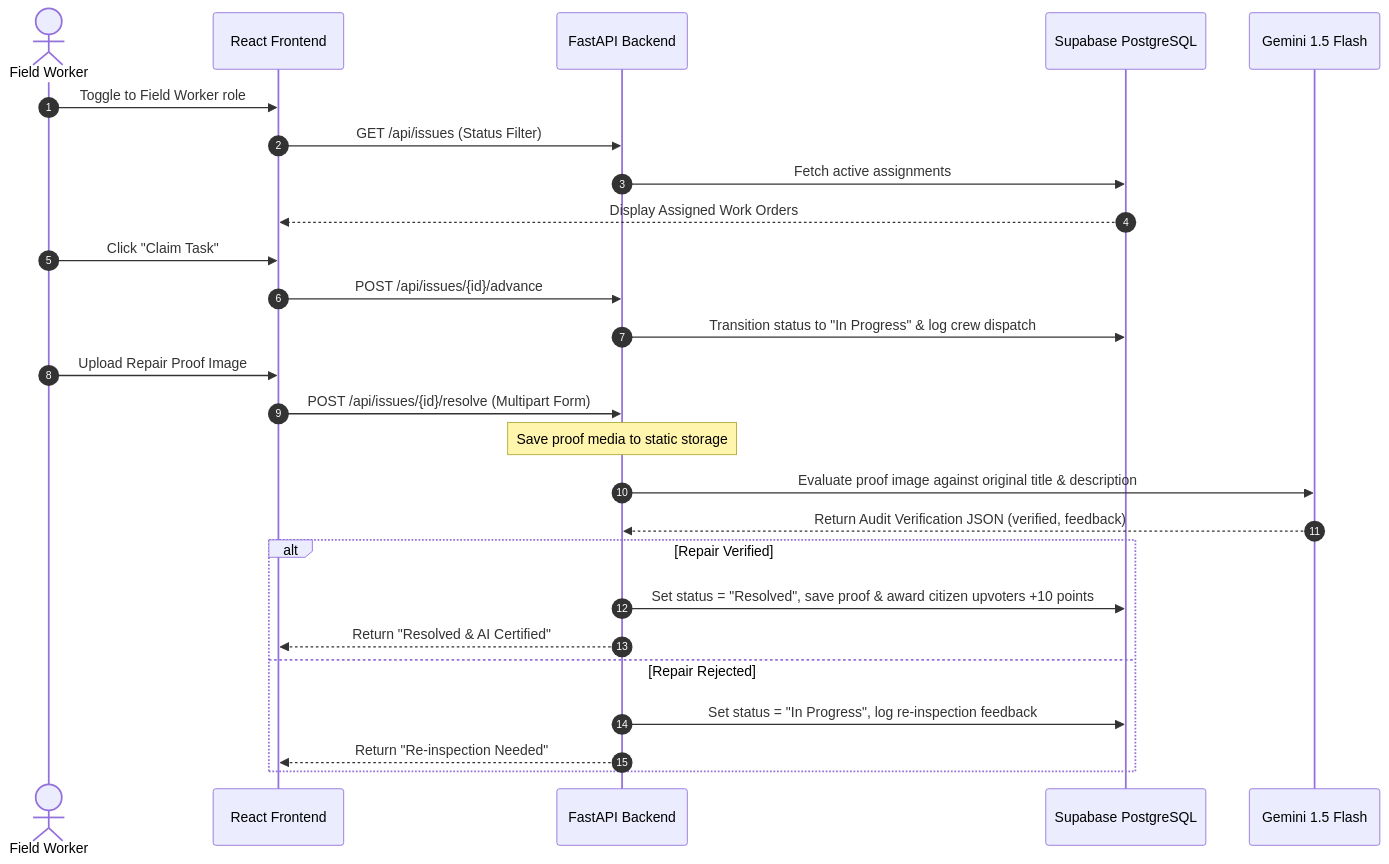
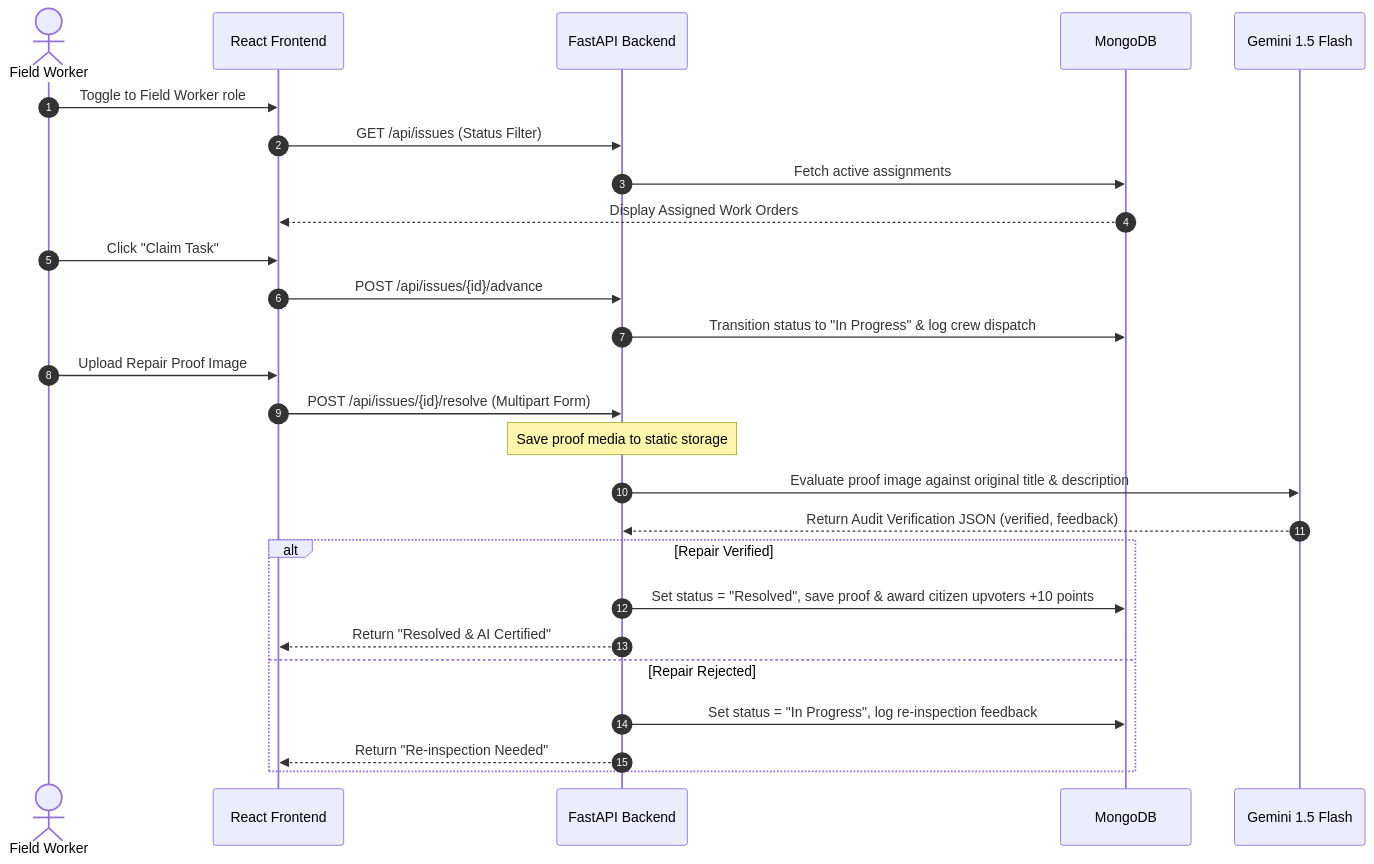
One commit to Itz-gopi204/Vibe2Ship changed the second of 2 diagrams in README.md. Above: the diagram before and after it, drawn with Mermaid. The commit also changed other lines of this file and 23 other files, not shown here.

Commit message:
supabase Changed to mongo

````diff
--- a/README.md
+++ b/README.md
@@ -47,29 +47,29 @@
 ```mermaid
 sequenceDiagram
     autonumber
     actor Worker as Field Worker
     participant FE as React Frontend
     participant BE as FastAPI Backend
-    participant DB as Supabase PostgreSQL
+    participant DB as MongoDB
     participant AI as Gemini 1.5 Flash
 
     Worker->>FE: Toggle to Field Worker role
     FE->>BE: GET /api/issues (Status Filter)
     BE->>DB: Fetch active assignments
     DB-->>FE: Display Assigned Work Orders
     Worker->>FE: Click "Claim Task"
     FE->>BE: POST /api/issues/{id}/advance
     BE->>DB: Transition status to "In Progress" & log crew dispatch
     Worker->>FE: Upload Repair Proof Image
     FE->>BE: POST /api/issues/{id}/resolve (Multipart Form)
     Note over BE: Save proof media to static storage
     BE->>AI: Evaluate proof image against original title & description
     AI-->>BE: Return Audit Verification JSON (verified, feedback)
     alt Repair Verified
         BE->>DB: Set status = "Resolved", save proof & award citizen upvoters +10 points
         BE-->>FE: Return "Resolved & AI Certified"
     else Repair Rejected
         BE->>DB: Set status = "In Progress", log re-inspection feedback
         BE-->>FE: Return "Re-inspection Needed"
     end
 ```
````
